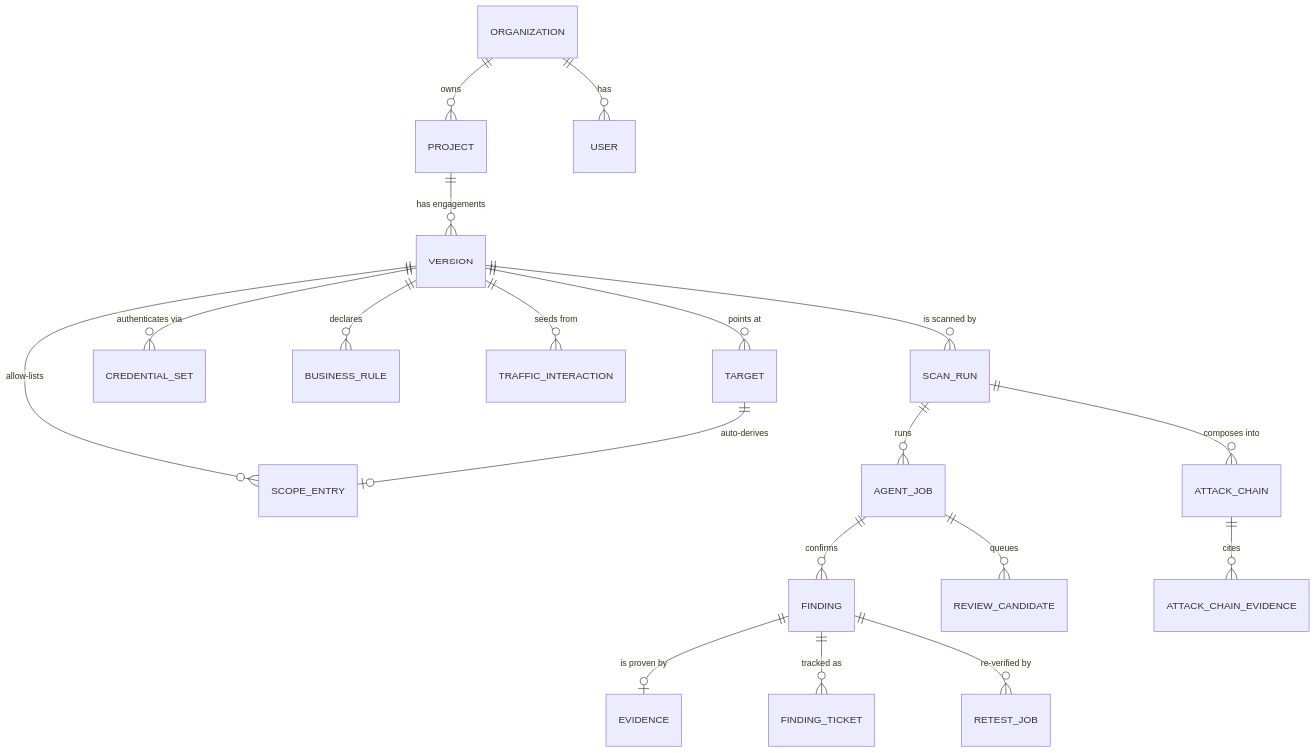
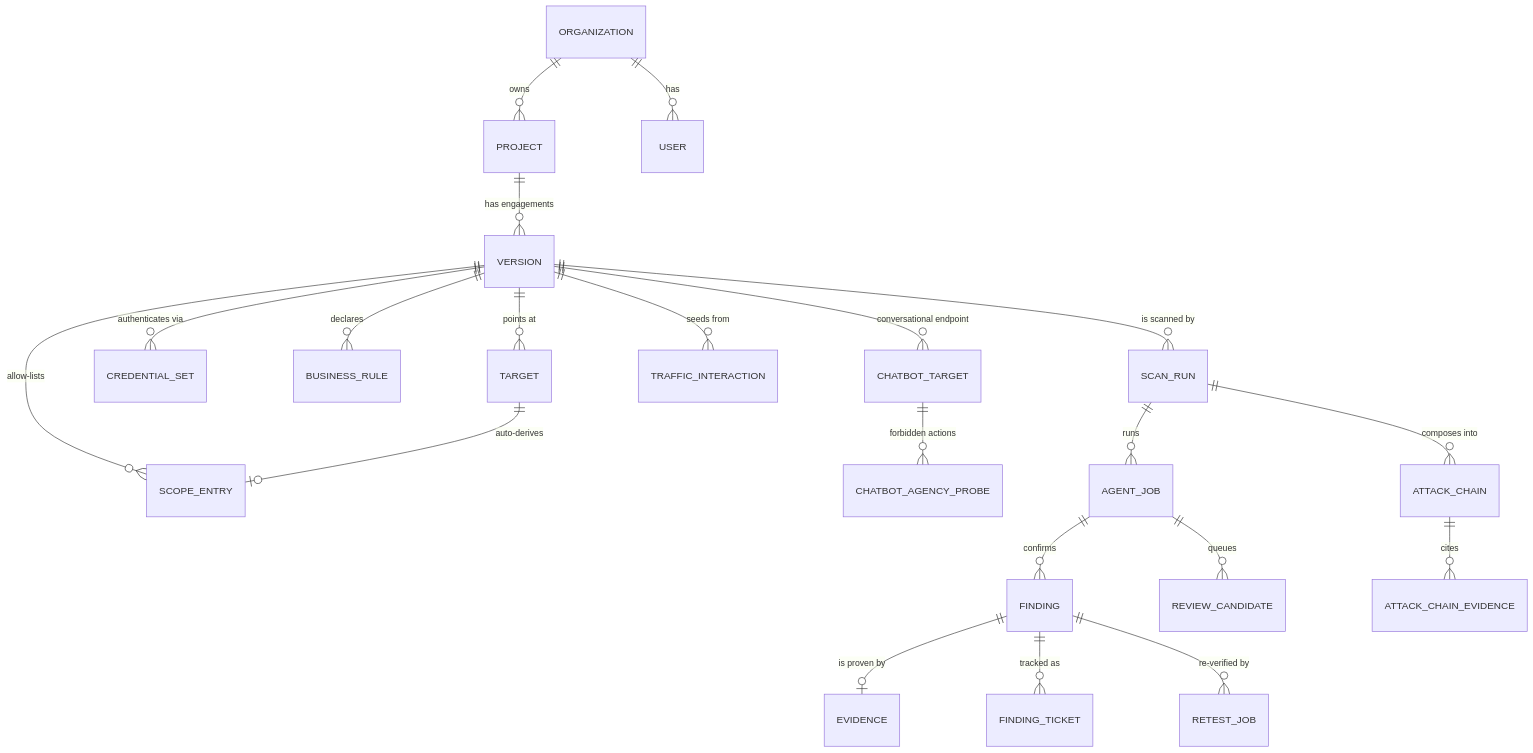
The diagram in docs/architecture-overview/diagrams/02_data_model.mmd (mudigondabhanu85/verdikt), drawn with Mermaid before and after one commit. The commit also changed 9 other files, not shown here.

First line of the commit message:
Bring architecture doc, deck, and replication prompt current with reality

```diff
--- a/docs/architecture-overview/diagrams/02_data_model.mmd
+++ b/docs/architecture-overview/diagrams/02_data_model.mmd
@@ -1,19 +1,21 @@
 erDiagram
     ORGANIZATION ||--o{ PROJECT : owns
     ORGANIZATION ||--o{ USER : has
     PROJECT ||--o{ VERSION : "has engagements"
     VERSION ||--o{ SCOPE_ENTRY : "allow-lists"
     VERSION ||--o{ TARGET : "points at"
     VERSION ||--o{ CREDENTIAL_SET : "authenticates via"
     VERSION ||--o{ BUSINESS_RULE : "declares"
+    VERSION ||--o{ CHATBOT_TARGET : "conversational endpoint"
+    CHATBOT_TARGET ||--o{ CHATBOT_AGENCY_PROBE : "forbidden actions"
     VERSION ||--o{ TRAFFIC_INTERACTION : "seeds from"
     VERSION ||--o{ SCAN_RUN : "is scanned by"
     SCAN_RUN ||--o{ AGENT_JOB : "runs"
     AGENT_JOB ||--o{ FINDING : "confirms"
     AGENT_JOB ||--o{ REVIEW_CANDIDATE : "queues"
     FINDING ||--o| EVIDENCE : "is proven by"
     FINDING ||--o{ FINDING_TICKET : "tracked as"
     FINDING ||--o{ RETEST_JOB : "re-verified by"
     SCAN_RUN ||--o{ ATTACK_CHAIN : "composes into"
     ATTACK_CHAIN ||--o{ ATTACK_CHAIN_EVIDENCE : "cites"
     TARGET ||--o| SCOPE_ENTRY : "auto-derives"
```
